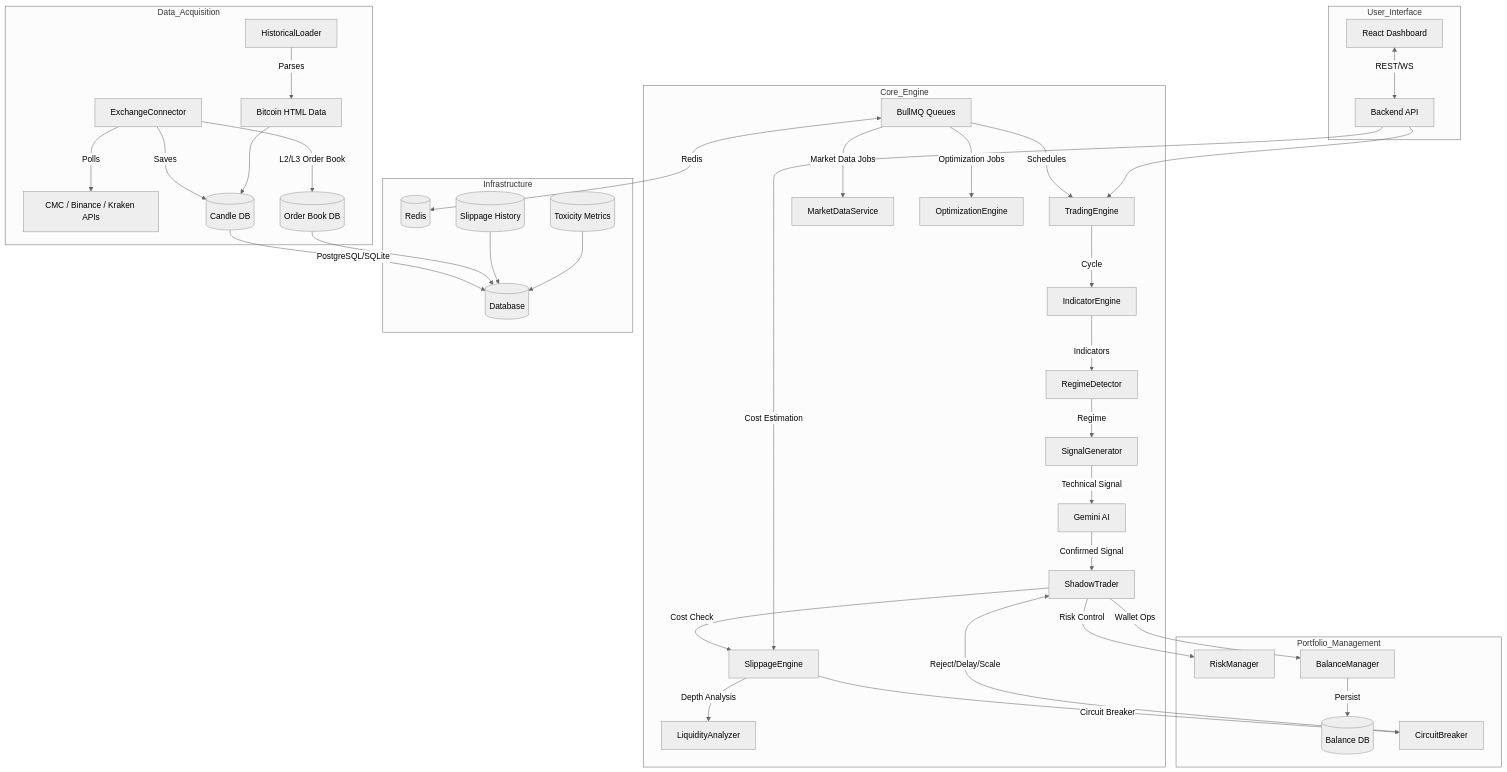
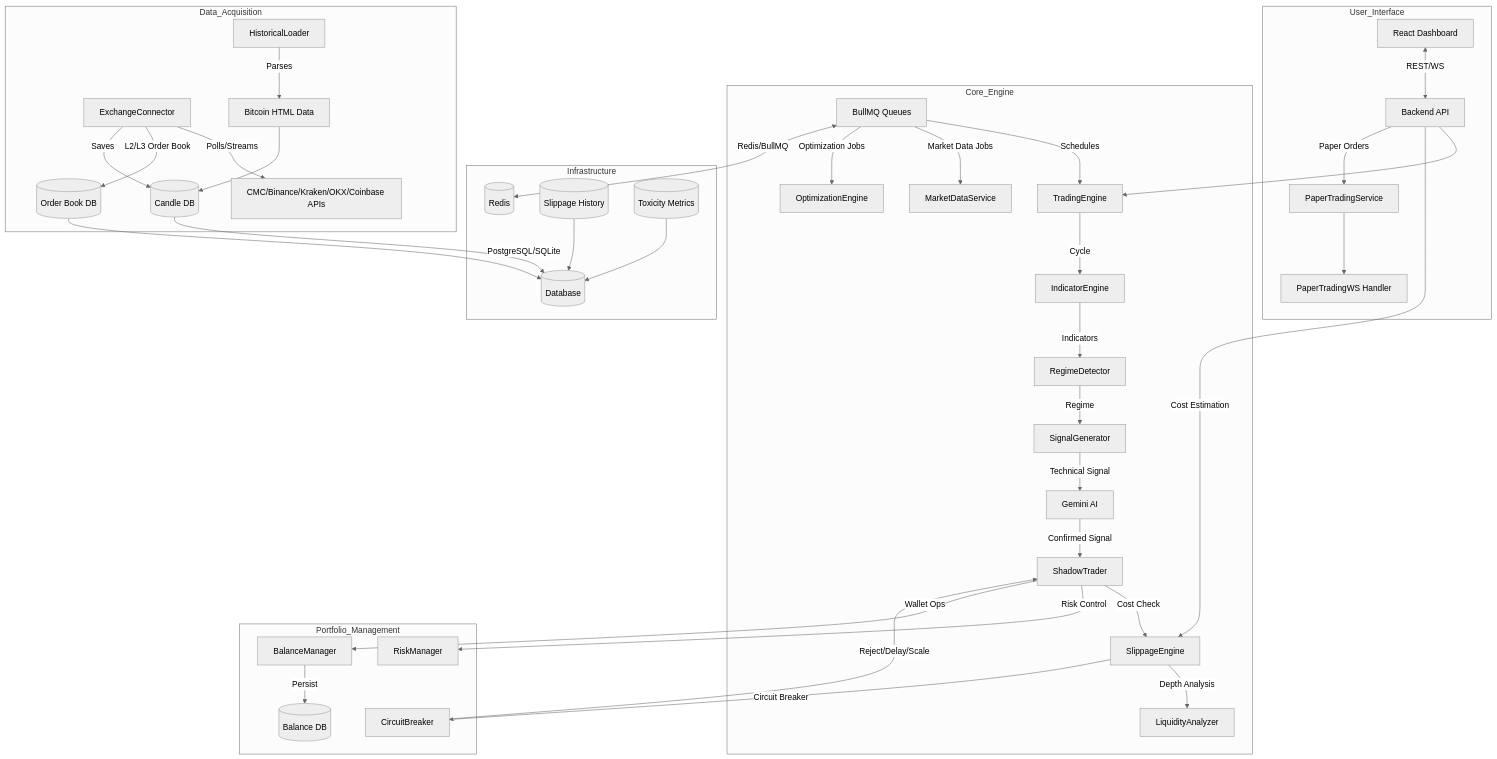
Before and after one commit to skenglord/Shady_Trader: the diagram in AGENTS.md, drawn with Mermaid (neutral theme). The commit also changed other lines of this file and 13 other files, not shown here.

````diff
--- a/AGENTS.md
+++ b/AGENTS.md
@@ -8,45 +8,47 @@
 ```mermaid
 graph TD
     subgraph Data_Acquisition
-        EC[ExchangeConnector] -->|Polls| MKT[CMC / Binance / Kraken APIs]
+        EC[ExchangeConnector] -->|Polls/Streams| MKT[CMC/Binance/Kraken/OKX/Coinbase APIs]
         EC -->|L2/L3 Order Book| OBS[(Order Book DB)]
         EC -->|Saves| CDB[(Candle DB)]
         HL[HistoricalLoader] -->|Parses| HTML[Bitcoin HTML Data]
         HTML --> CDB
     end
 
     subgraph Core_Engine
         TE[TradingEngine] -->|Cycle| IE[IndicatorEngine]
         IE -->|Indicators| RD[RegimeDetector]
         RD -->|Regime| SG[SignalGenerator]
         SG -->|Technical Signal| AI_G[Gemini AI]
         AI_G -->|Confirmed Signal| ST[ShadowTrader]
         ST -->|Cost Check| SE[SlippageEngine]
         SE -->|Depth Analysis| LA[LiquidityAnalyzer]
         RQ[BullMQ Queues] -->|Schedules| TE
         RQ -->|Market Data Jobs| MDS[MarketDataService]
         RQ -->|Optimization Jobs| OE[OptimizationEngine]
     end
 
     subgraph Portfolio_Management
         ST -->|Risk Control| RM[RiskManager]
         ST -->|Wallet Ops| BM[BalanceManager]
         BM -->|Persist| BDB[(Balance DB)]
         SE -->|Circuit Breaker| CB[CircuitBreaker]
         CB -->|Reject/Delay/Scale| ST
     end
 
     subgraph Infrastructure
-        RQ <-->|Redis| REDIS[(Redis)]
+        RQ <-->|Redis/BullMQ| REDIS[(Redis)]
         CDB -->|PostgreSQL/SQLite| PG[(Database)]
         OBS --> PG
         SH[(Slippage History)] --> PG
         TM[(Toxicity Metrics)] --> PG
     end
 
     subgraph User_Interface
         UI[React Dashboard] <-->|REST/WS| API[Backend API]
         API --> TE
         API -->|Cost Estimation| SE
+        API -->|Paper Orders| PTS[PaperTradingService]
+        PTS --> PTW[PaperTradingWS Handler]
     end
 ```
````
